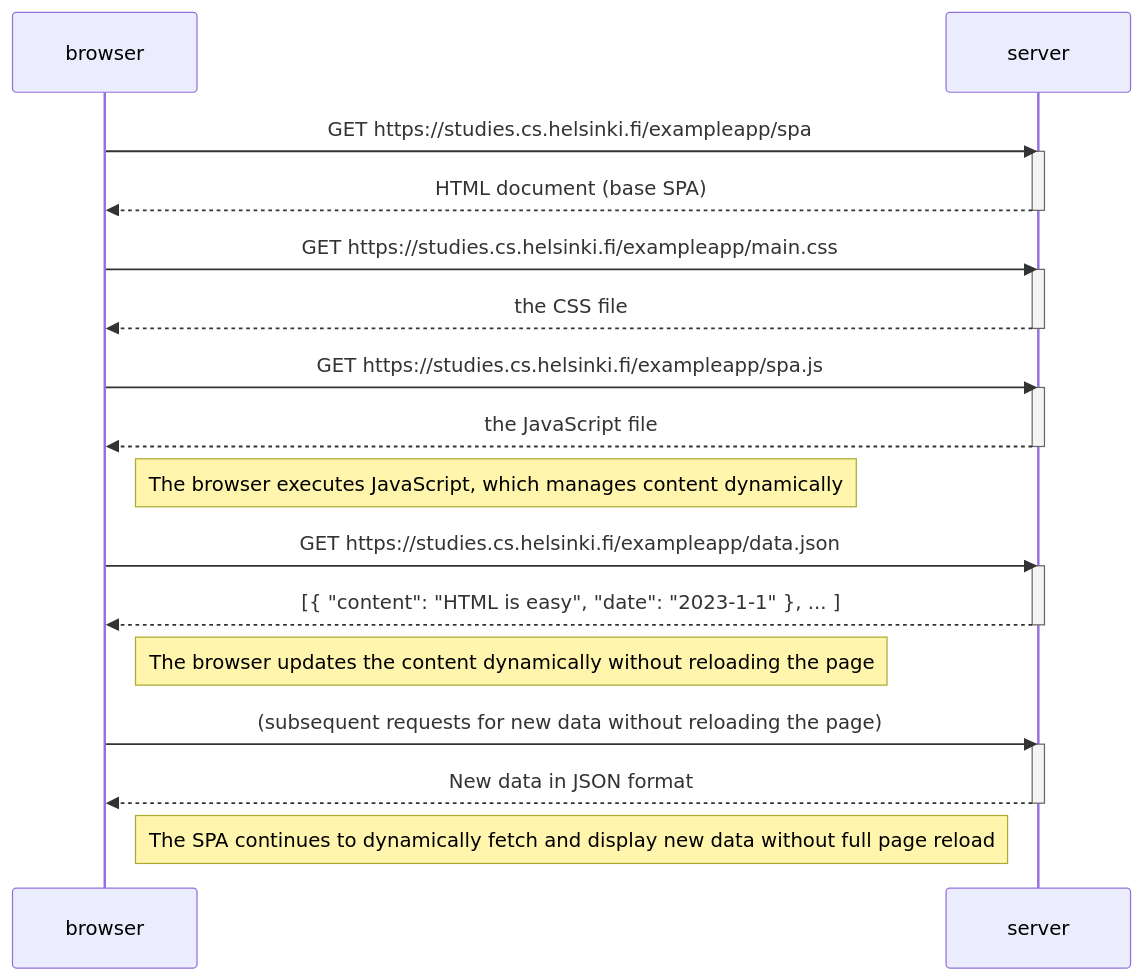
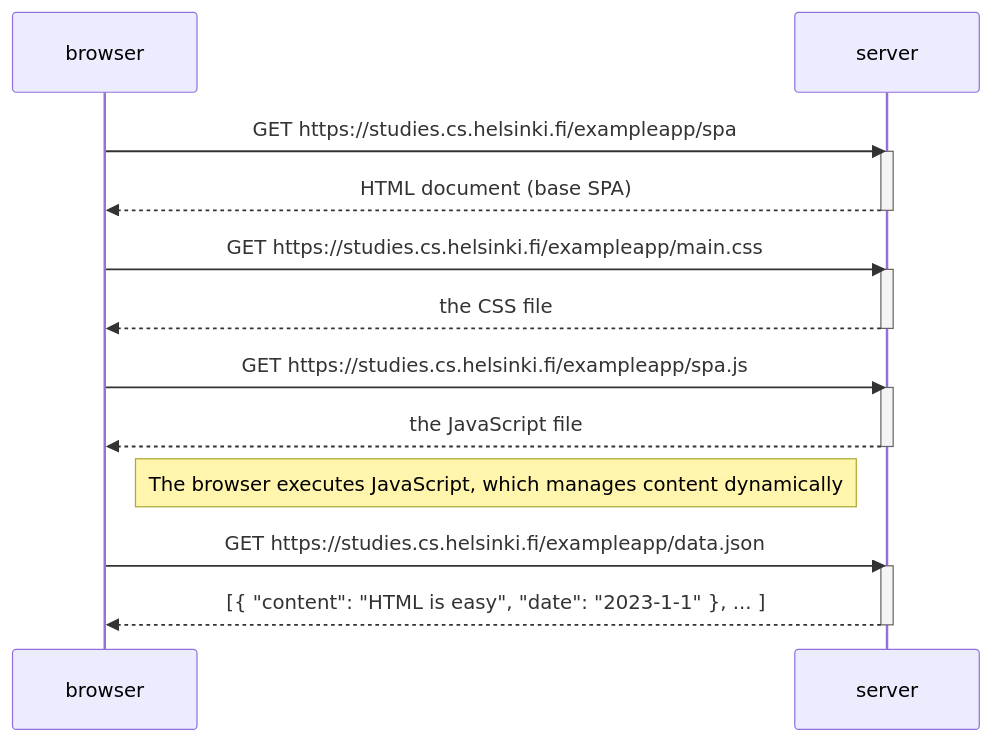
Before and after one commit to Valunaga1012/-part0: the diagram in 0.5.mermaid, drawn with Mermaid.

Commit message:
diagrama 2

```diff
--- a/0.5.mermaid
+++ b/0.5.mermaid
@@ -1,34 +1,25 @@
 sequenceDiagram
     participant browser
     participant server
 
     browser->>server: GET https://studies.cs.helsinki.fi/exampleapp/spa
     activate server
     server-->>browser: HTML document (base SPA)
     deactivate server
 
     browser->>server: GET https://studies.cs.helsinki.fi/exampleapp/main.css
     activate server
     server-->>browser: the CSS file
     deactivate server
 
     browser->>server: GET https://studies.cs.helsinki.fi/exampleapp/spa.js
     activate server
     server-->>browser: the JavaScript file
     deactivate server
 
     Note right of browser: The browser executes JavaScript, which manages content dynamically
 
     browser->>server: GET https://studies.cs.helsinki.fi/exampleapp/data.json
     activate server
     server-->>browser: [{ "content": "HTML is easy", "date": "2023-1-1" }, ... ]
     deactivate server
-
-    Note right of browser: The browser updates the content dynamically without reloading the page
-
-    browser->>server: (subsequent requests for new data without reloading the page)
-    activate server
-    server-->>browser: New data in JSON format
-    deactivate server
-
-    Note right of browser: The SPA continues to dynamically fetch and display new data without full page reload
```
